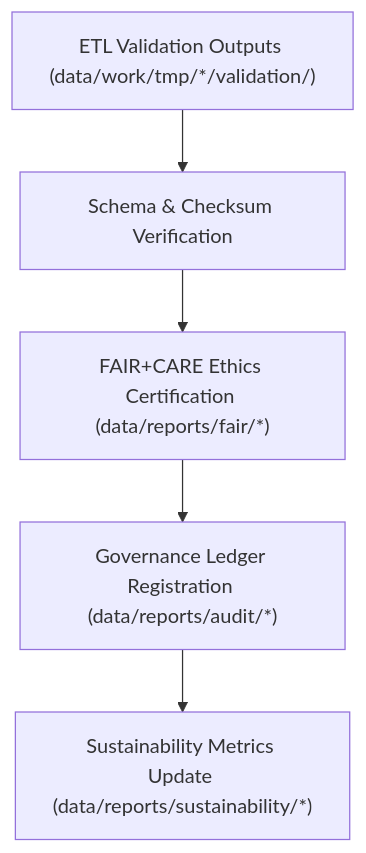
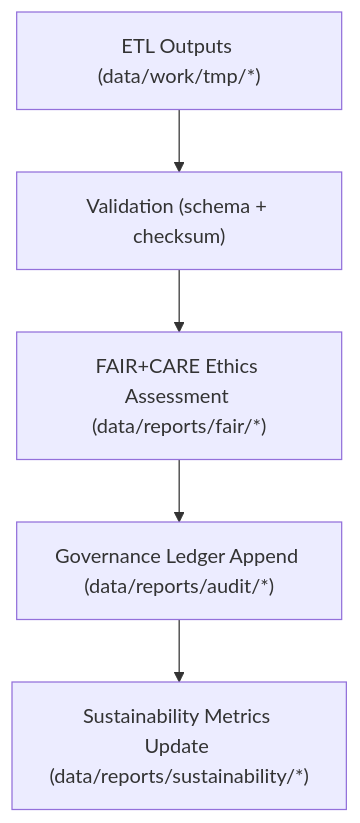
Before and after one commit to bartytime4life/Kansas-Frontier-Matrix: the diagram in data/reports/README.md, drawn with Mermaid. The commit also changed other lines of this file, not shown here.

````diff
--- a/data/reports/README.md
+++ b/data/reports/README.md
@@ -142,7 +194,7 @@
 ```mermaid
 flowchart TD
-    V["ETL Validation Outputs (data/work/tmp/*/validation/)"] --> S["Schema & Checksum Verification"]
-    S --> F["FAIR+CARE Ethics Certification (data/reports/fair/*)"]
-    F --> G["Governance Ledger Registration (data/reports/audit/*)"]
-    G --> T["Sustainability Metrics Update (data/reports/sustainability/*)"]
+    A["ETL Outputs (data/work/tmp/*)"] --> V["Validation (schema + checksum)"]
+    V --> F["FAIR+CARE Ethics Assessment (data/reports/fair/*)"]
+    F --> G["Governance Ledger Append (data/reports/audit/*)"]
+    G --> S["Sustainability Metrics Update (data/reports/sustainability/*)"]
 ```
````
